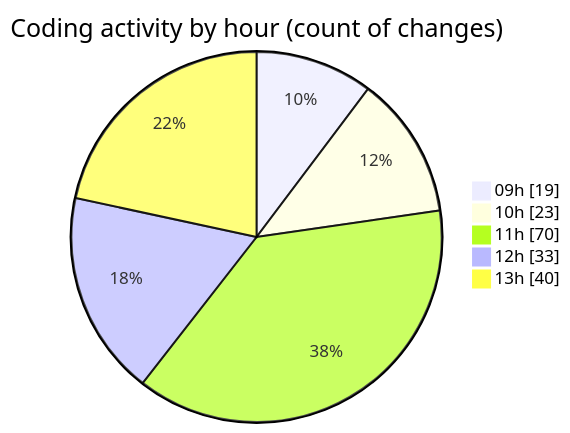
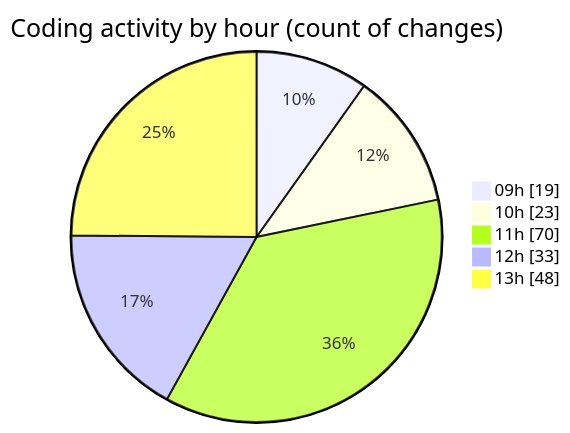
The second of 2 diagrams in 2026-02-12/cda/README.md (momahboobian/code-tracking), drawn with Mermaid before and after one commit. The commit also changed other lines of this file and 1 other file, not shown here.

````diff
--- a/2026-02-12/cda/README.md
+++ b/2026-02-12/cda/README.md
@@ -46,9 +48,9 @@
 ```mermaid
 pie showData
 title Coding activity by hour (count of changes)
 "09h" : 19
 "10h" : 23
 "11h" : 70
 "12h" : 33
-"13h" : 40
+"13h" : 48
 ```
````
